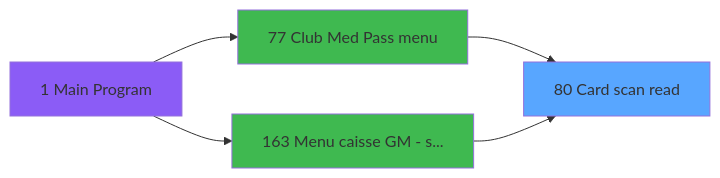
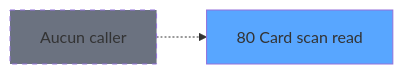
The second of 3 diagrams in .openspec/specs/ADH-IDE-80.md (thonyAGP/magic-migration), drawn with Mermaid before and after one commit. The commit also changed other lines of this file and 311 other files, not shown here.

````diff
--- a/.openspec/specs/ADH-IDE-80.md
+++ b/.openspec/specs/ADH-IDE-80.md
@@ -337,15 +189,8 @@
 ```mermaid
 graph LR
     T80[80 Card scan read]
     style T80 fill:#58a6ff
-    CC1[1 Main Program]
-    style CC1 fill:#8b5cf6
-    CC77[77 Club Med Pass menu]
-    style CC77 fill:#3fb950
-    CC163[163 Menu caisse GM - s...]
-    style CC163 fill:#3fb950
-    CC1 --> CC77
-    CC1 --> CC163
-    CC77 --> T80
-    CC163 --> T80
+    NONE[Aucun caller]
+    NONE -.-> T80
+    style NONE fill:#6b7280,stroke-dasharray: 5 5
 ```
````
